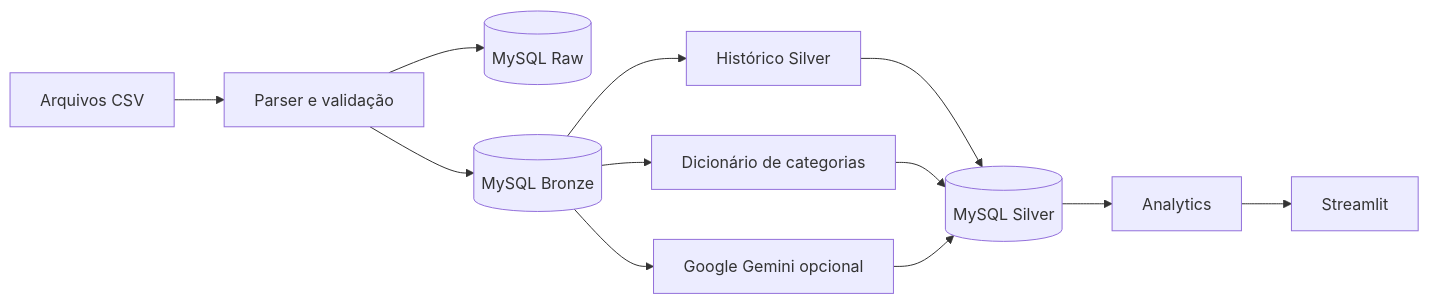
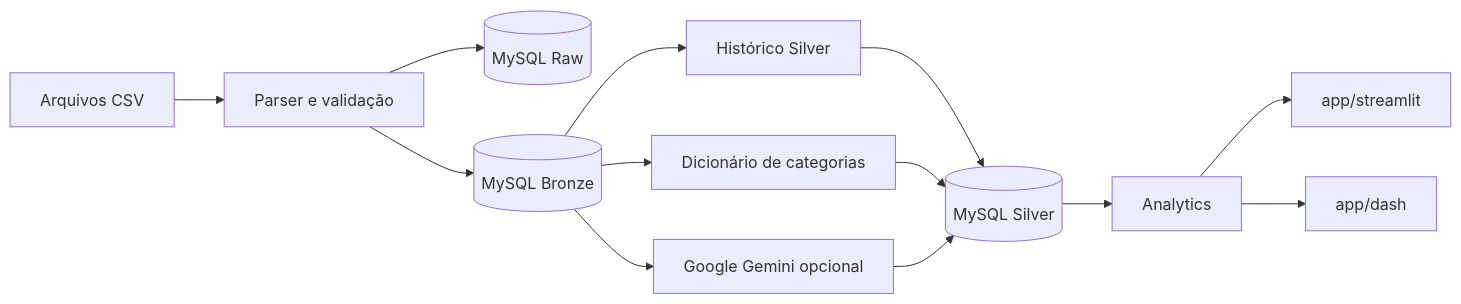
One commit to rvanguita/personal-expenses changed the diagram in README.md. Above: the diagram before and after it, drawn with Mermaid. The commit also changed other lines of this file and 111 other files, not shown here.

````diff
--- a/README.md
+++ b/README.md
@@ -19,17 +20,18 @@
 ```mermaid
 flowchart LR
     csv[Arquivos CSV] --> parser[Parser e validação]
     parser --> raw[(MySQL Raw)]
     parser --> bronze[(MySQL Bronze)]
 
     bronze --> history[Histórico Silver]
     bronze --> dictionary[Dicionário de categorias]
     bronze --> gemini[Google Gemini opcional]
 
     history --> silver[(MySQL Silver)]
     dictionary --> silver
     gemini --> silver
 
     silver --> analytics[Analytics]
-    analytics --> app[Streamlit]
+    analytics --> streamlit[app/streamlit]
+    analytics --> dash[app/dash]
 ```
````
